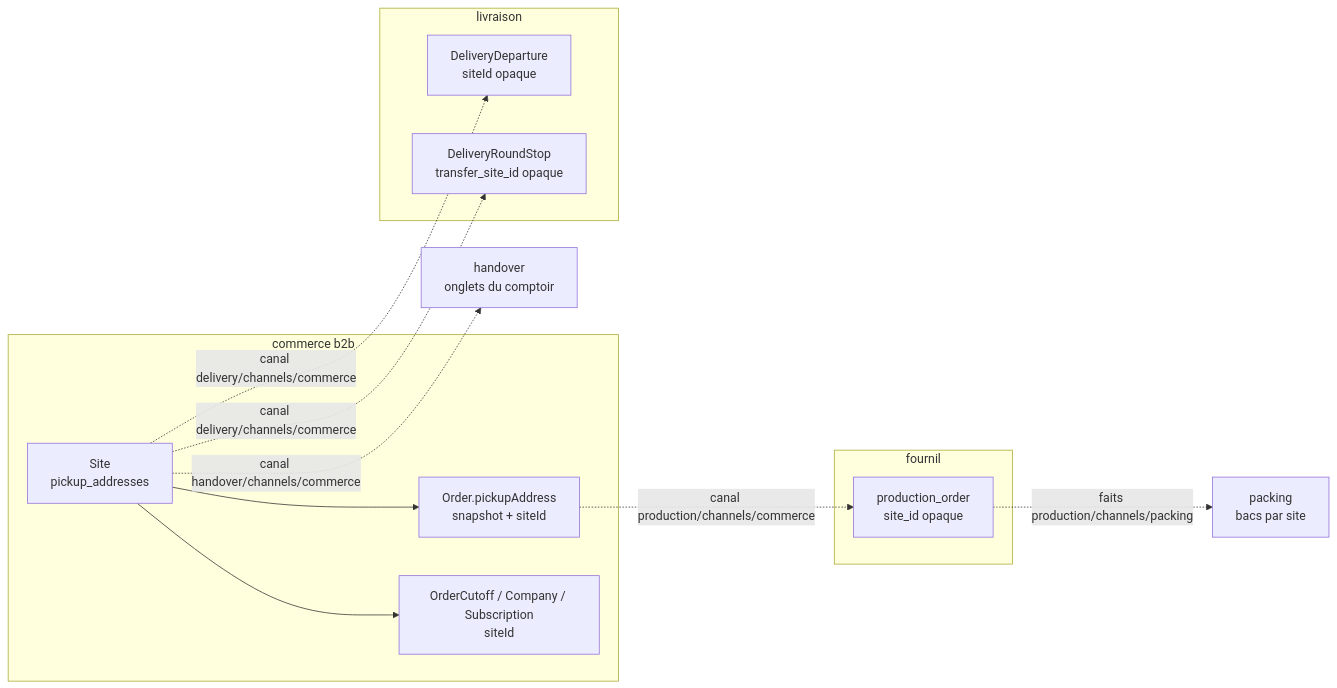
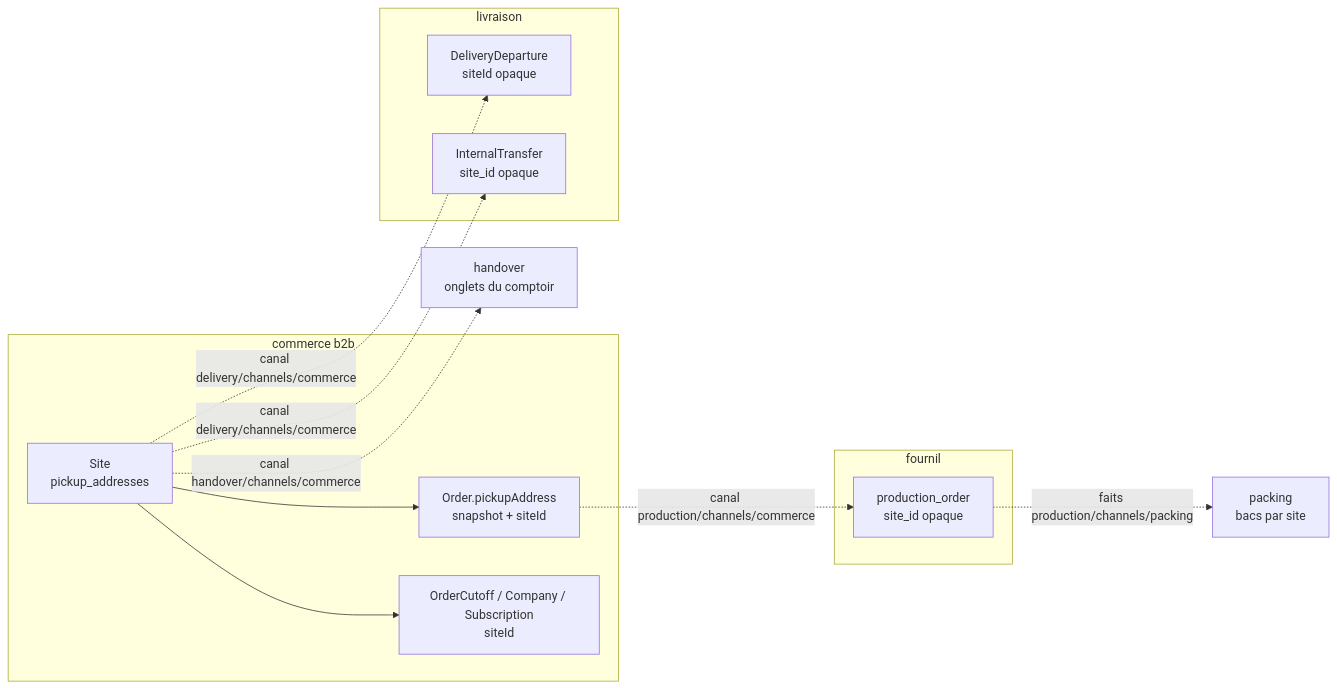
The first of 3 diagrams in documentation/livraisons/transferts/plan-sites-transfert-interne-tri-et-couleurs.md (hugoheynard/lfd), drawn with Mermaid before and after one commit. The commit also changed other lines of this file and 1 other file, not shown here.

````diff
--- a/documentation/livraisons/transferts/plan-sites-transfert-interne-tri-et-couleurs.md
+++ b/documentation/livraisons/transferts/plan-sites-transfert-interne-tri-et-couleurs.md
@@ -289,24 +290,24 @@
 ```mermaid
 flowchart LR
   subgraph b2b [commerce b2b]
     S[Site<br/>pickup_addresses]
     O[Order.pickupAddress<br/>snapshot + siteId]
     C[OrderCutoff / Company / Subscription<br/>siteId]
   end
   subgraph delivery [livraison]
     D[DeliveryDeparture<br/>siteId opaque]
-    T[DeliveryRoundStop<br/>transfer_site_id opaque]
+    T[InternalTransfer<br/>site_id opaque]
   end
   subgraph production [fournil]
     P[production_order<br/>site_id opaque]
   end
   H[handover<br/>onglets du comptoir]
   K[packing<br/>bacs par site]
   S --> O
   S --> C
   S -. canal delivery/channels/commerce .-> D
   S -. canal delivery/channels/commerce .-> T
   O -. canal production/channels/commerce .-> P
   P -. faits production/channels/packing .-> K
   S -. canal handover/channels/commerce .-> H
 ```
````
